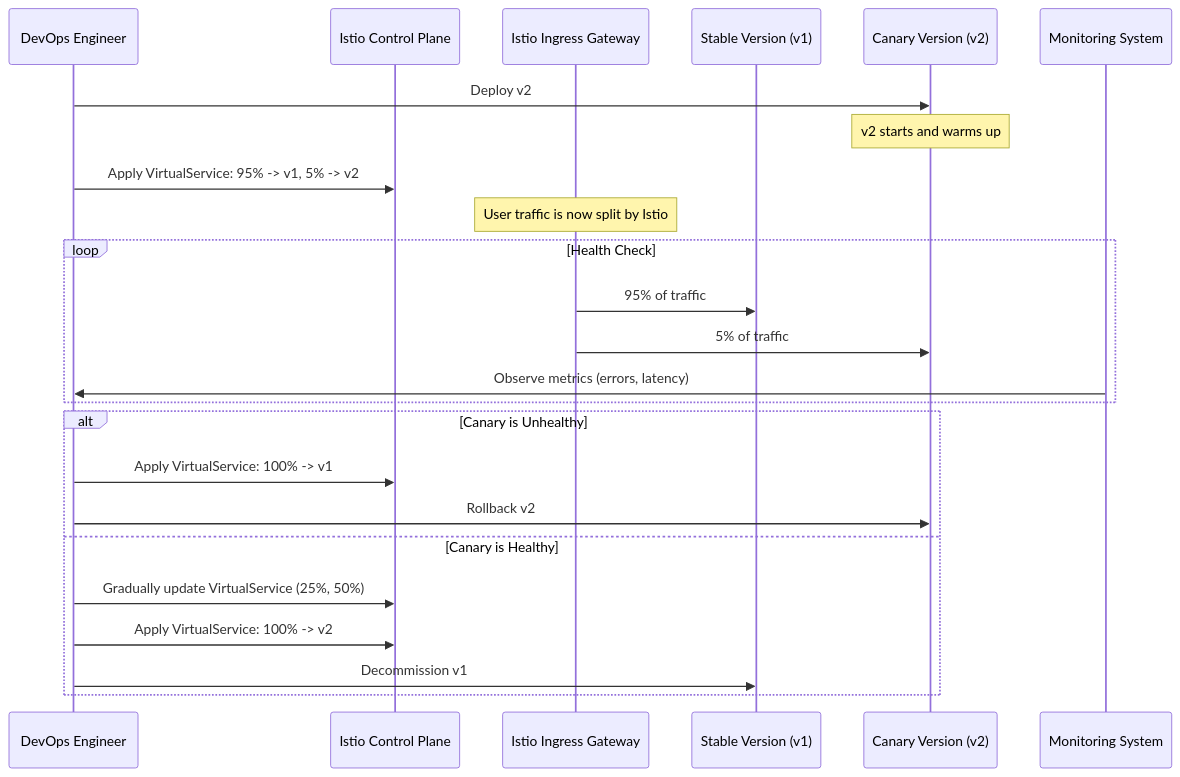
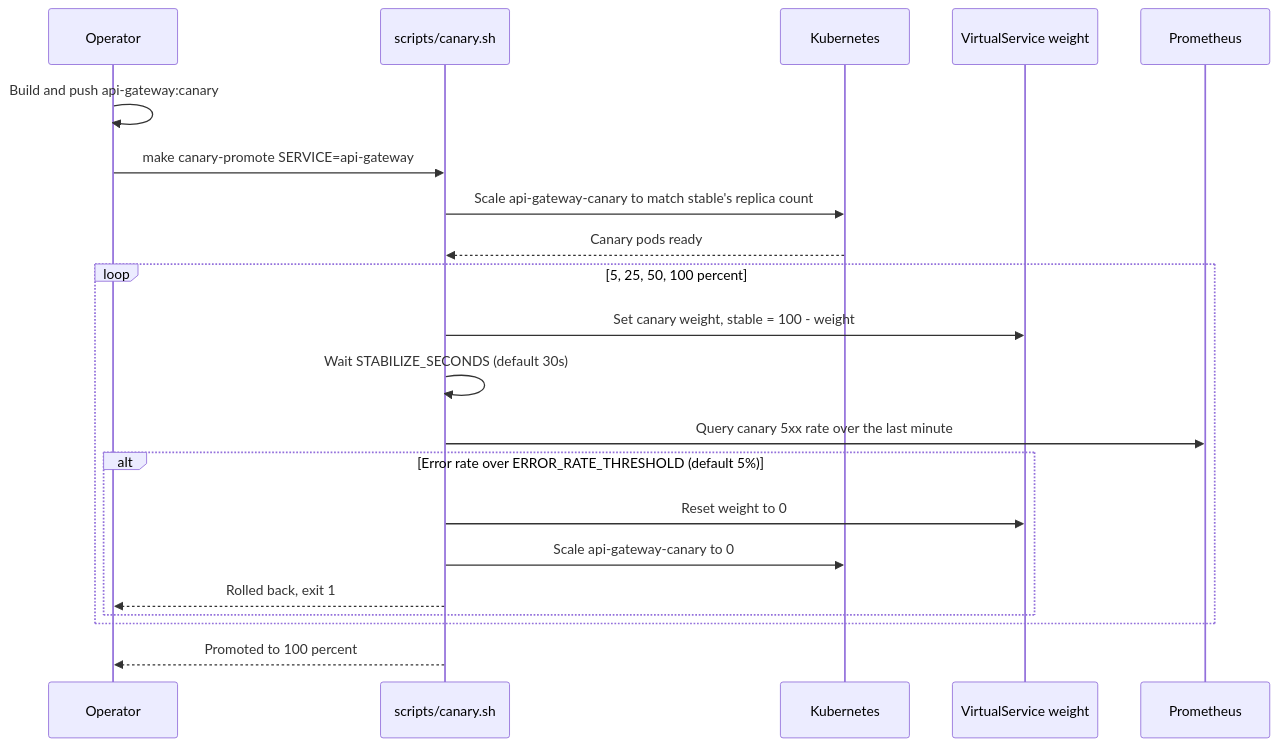
The diagram in docs/architecture/zero-downtime-deployment.md (Kalaganov-Konstantin/eventflow-commerce), drawn with Mermaid before and after one commit. The commit also changed other lines of this file and 7 other files, not shown here.

Commit message:
docs: refresh the architecture documents

````diff
--- a/docs/architecture/zero-downtime-deployment.md
+++ b/docs/architecture/zero-downtime-deployment.md
@@ -7,30 +17,27 @@
 ```mermaid
 sequenceDiagram
-    participant Operator as DevOps Engineer
-    participant Istio as Istio Control Plane
-    participant Gateway as Istio Ingress Gateway
-    participant Stable as Stable Version (v1)
-    participant Canary as Canary Version (v2)
-    participant Monitor as Monitoring System
+    participant Operator
+    participant Script as scripts/canary.sh
+    participant K8s as Kubernetes
+    participant Istio as VirtualService weight
+    participant Prom as Prometheus
 
-    Operator->>Canary: Deploy v2
-    Note over Canary: v2 starts and warms up
+    Operator->>Operator: Build and push api-gateway:canary
+    Operator->>Script: make canary-promote SERVICE=api-gateway
 
-    Operator->>Istio: Apply VirtualService: 95% -> v1, 5% -> v2
-    Note over Gateway: User traffic is now split by Istio
+    Script->>K8s: Scale api-gateway-canary to match stable's replica count
+    K8s-->>Script: Canary pods ready
 
-    loop Health Check
-        Gateway->>Stable: 95% of traffic
-        Gateway->>Canary: 5% of traffic
-        Monitor->>Operator: Observe metrics (errors, latency)
+    loop 5, 25, 50, 100 percent
+        Script->>Istio: Set canary weight, stable = 100 - weight
+        Script->>Script: Wait STABILIZE_SECONDS (default 30s)
+        Script->>Prom: Query canary 5xx rate over the last minute
+        alt Error rate over ERROR_RATE_THRESHOLD (default 5%)
+            Script->>Istio: Reset weight to 0
+            Script->>K8s: Scale api-gateway-canary to 0
+            Script-->>Operator: Rolled back, exit 1
+        end
     end
 
-    alt Canary is Unhealthy
-        Operator->>Istio: Apply VirtualService: 100% -> v1
-        Operator->>Canary: Rollback v2
-    else Canary is Healthy
-        Operator->>Istio: Gradually update VirtualService (25%, 50%)
-        Operator->>Istio: Apply VirtualService: 100% -> v2
-        Operator->>Stable: Decommission v1
-    end
+    Script-->>Operator: Promoted to 100 percent
 ```
````
